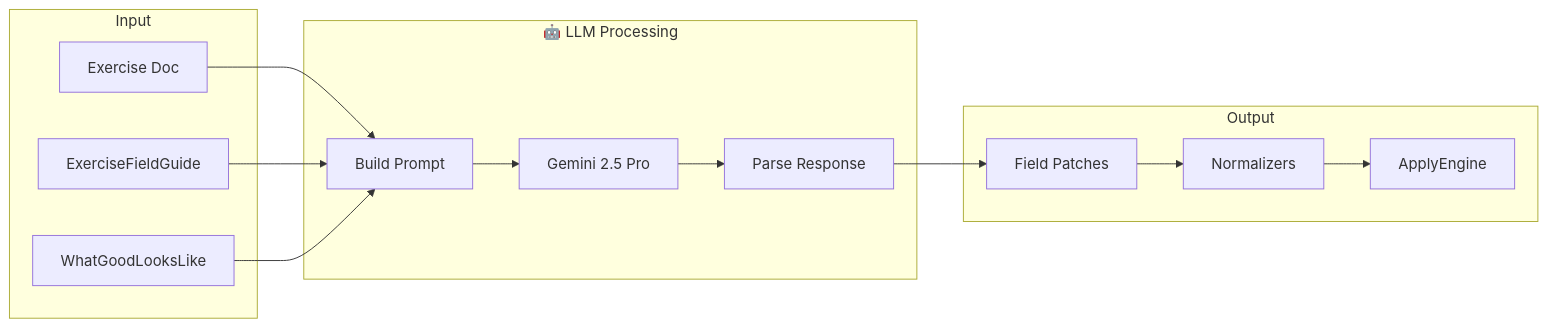
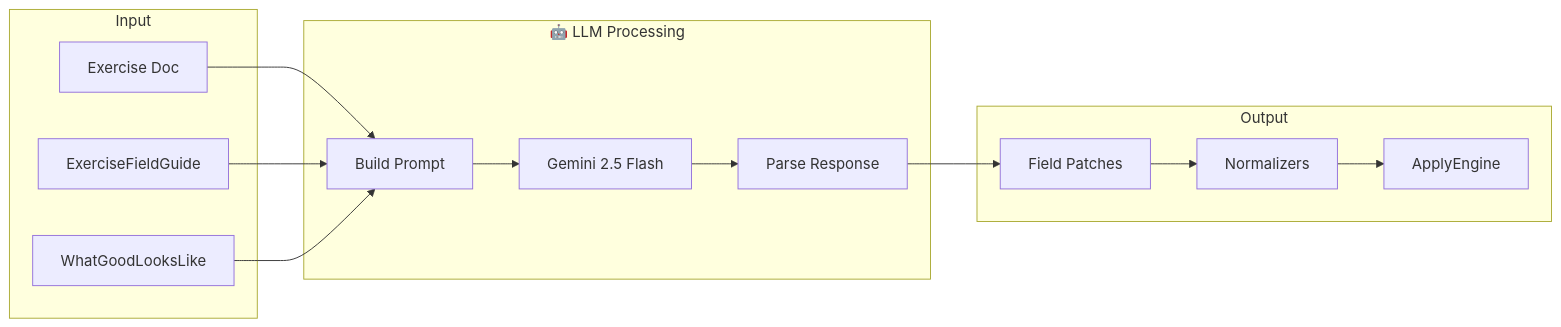
The second of 12 diagrams in docs/CATALOG_ORCHESTRATOR_ARCHITECTURE.md (ValterAndersson/myon), drawn with Mermaid before and after one commit. The commit also changed other lines of this file and 4 other files, not shown here.

First line of the commit message:
docs: full documentation pass — cleanup, deploy, architecture updates

````diff
--- a/docs/CATALOG_ORCHESTRATOR_ARCHITECTURE.md
+++ b/docs/CATALOG_ORCHESTRATOR_ARCHITECTURE.md
@@ -314,29 +314,29 @@
 ```mermaid
 flowchart LR
     subgraph Input
         EX[Exercise Doc]
         GUIDE[ExerciseFieldGuide]
         EXEMPLARS[WhatGoodLooksLike]
     end
 
     subgraph LLM["🤖 LLM Processing"]
         PROMPT[Build Prompt]
-        GEMINI[Gemini 2.5 Pro]
+        GEMINI[Gemini 2.5 Flash]
         PARSE[Parse Response]
     end
 
     subgraph Output
         PATCH[Field Patches]
         NORMALIZE[Normalizers]
         APPLY[ApplyEngine]
     end
 
     EX --> PROMPT
     GUIDE --> PROMPT
     EXEMPLARS --> PROMPT
     PROMPT --> GEMINI
     GEMINI --> PARSE
     PARSE --> PATCH
     PATCH --> NORMALIZE
     NORMALIZE --> APPLY
 ```
````
